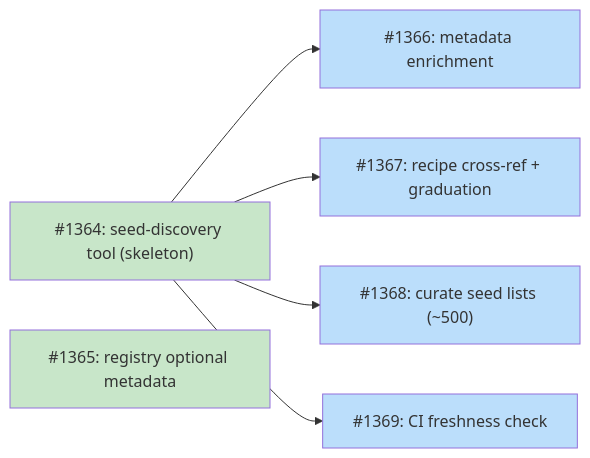
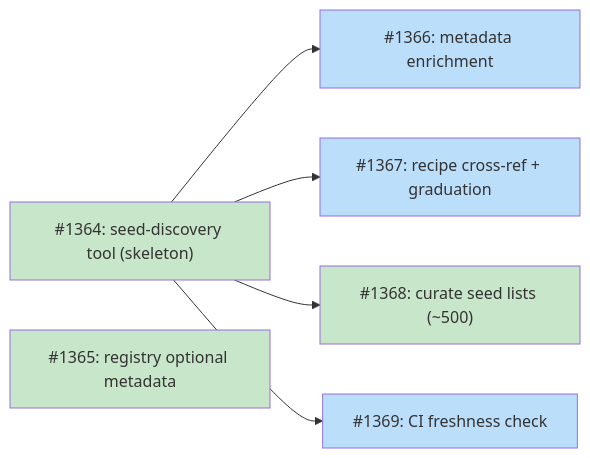
Before and after one commit to tsukumogami/tsuku: the diagram in docs/designs/DESIGN-discovery-registry-bootstrap.md, drawn with Mermaid. The commit also changed other lines of this file, not shown here.

Commit message:
docs(design): mark #1368 as done in bootstrap design

````diff
--- a/docs/designs/DESIGN-discovery-registry-bootstrap.md
+++ b/docs/designs/DESIGN-discovery-registry-bootstrap.md
@@ -52,22 +51,22 @@
 ```mermaid
 graph LR
     I1364["#1364: seed-discovery tool (skeleton)"]
     I1365["#1365: registry optional metadata"]
     I1366["#1366: metadata enrichment"]
     I1367["#1367: recipe cross-ref + graduation"]
     I1368["#1368: curate seed lists (~500)"]
     I1369["#1369: CI freshness check"]
 
     I1364 --> I1366
     I1364 --> I1367
     I1364 --> I1368
     I1364 --> I1369
 
     classDef done fill:#c8e6c9
     classDef ready fill:#bbdefb
     classDef blocked fill:#fff9c4
     classDef needsDesign fill:#e1bee7
 
-    class I1364,I1365 done
-    class I1366,I1367,I1368,I1369 ready
+    class I1364,I1365,I1368 done
+    class I1366,I1367,I1369 ready
 ```
````
